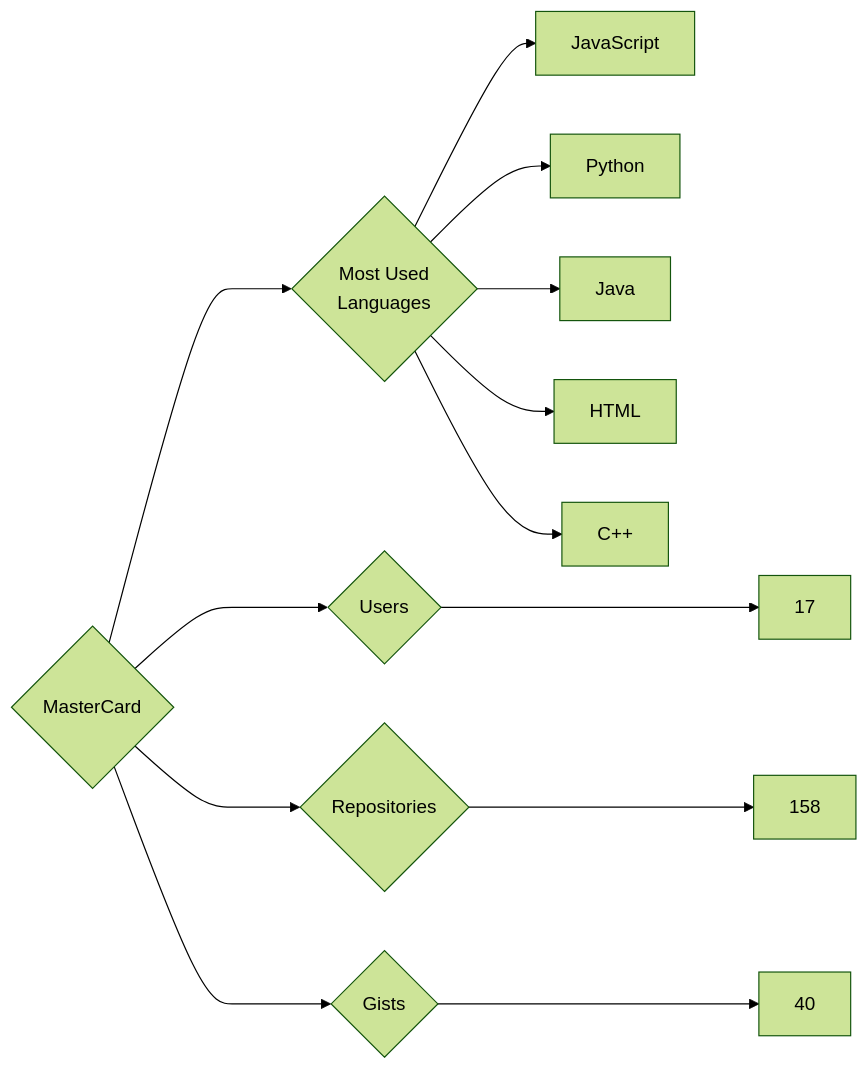
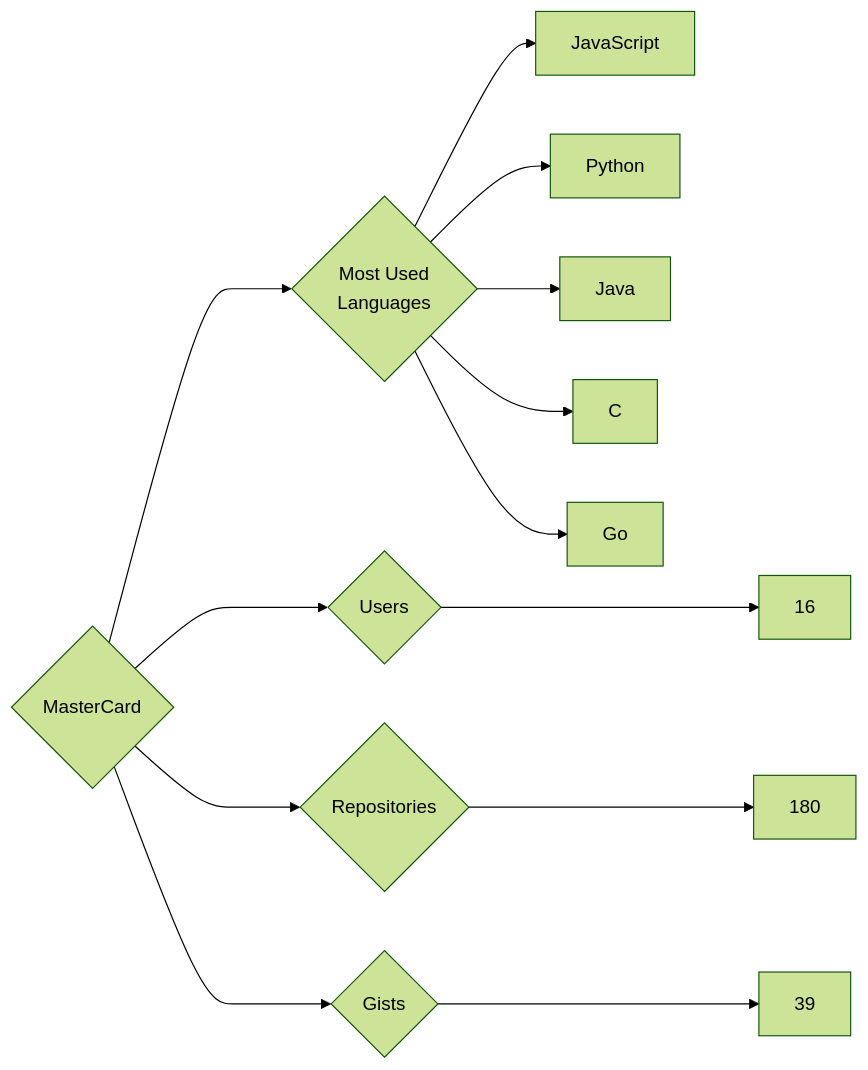
Before and after one commit to trickest/insiders: the diagram in targets/MasterCard/README.md, drawn with Mermaid (forest theme). The commit also changed 1484 other files, not shown here.

````diff
--- a/targets/MasterCard/README.md
+++ b/targets/MasterCard/README.md
@@ -3,13 +3,13 @@
 ```mermaid
 graph LR
 COMPANY_NAME{MasterCard}
-COMPANY_NAME ---> U{Users} ---> UN[17]
-COMPANY_NAME ---> R{Repositories} ---> RN[158]
-COMPANY_NAME ---> G{Gists} ---> GN[40]
+COMPANY_NAME ---> U{Users} ---> UN[16]
+COMPANY_NAME ---> R{Repositories} ---> RN[180]
+COMPANY_NAME ---> G{Gists} ---> GN[39]
 COMPANY_NAME ---> ML{Most Used<br>Languages}
 ML --> JavaScript[JavaScript]
 ML --> Python[Python]
 ML --> Java[Java]
-ML --> HTML[HTML]
-ML --> C++[C++]
+ML --> C[C]
+ML --> Go[Go]
 ```
````
